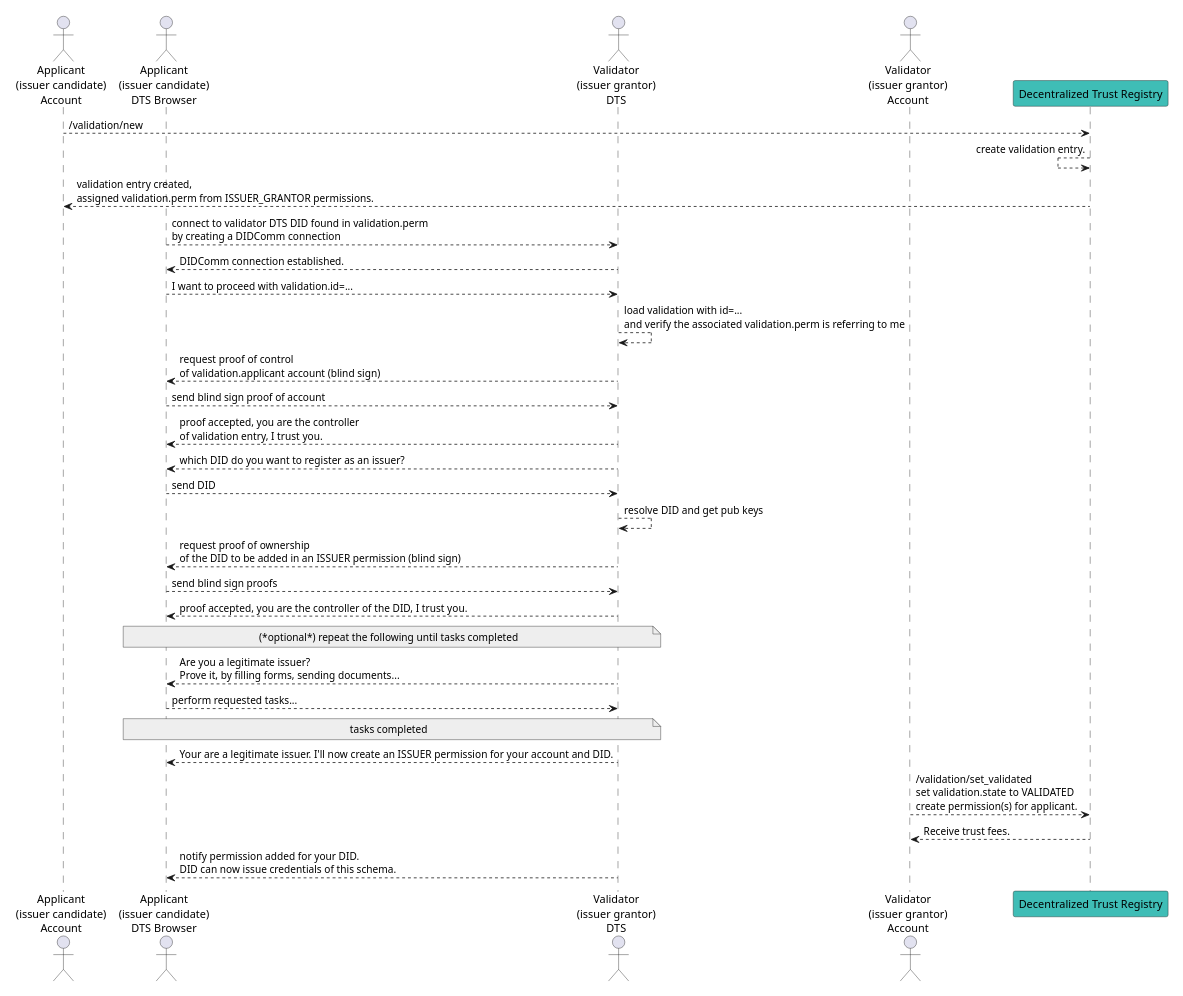
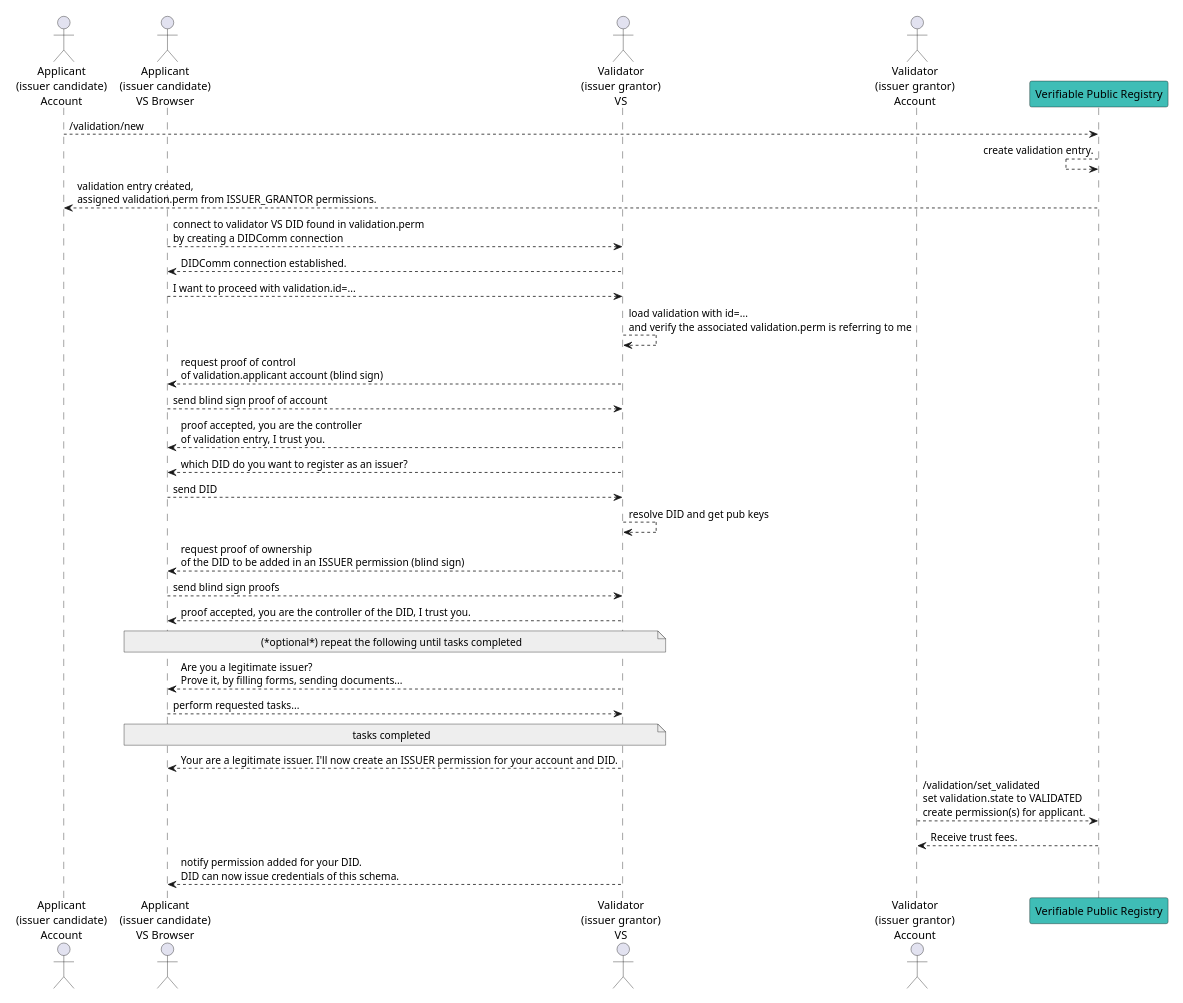
Before and after one commit to verana-labs/verifiable-trust-vpr-spec: diagram 12 of 12 in spec.md, drawn with PlantUML. The commit also changed other lines of this file and 1 other file, not shown here.

````diff
--- a/spec.md
+++ b/spec.md
@@ -2578,35 +2578,35 @@
 ```plantuml
 scale max 800 width
 actor "Applicant\n(issuer candidate)\nAccount" as ApplicantAccount 
-actor "Applicant\n(issuer candidate)\nDTS Browser" as ApplicantBrowser 
+actor "Applicant\n(issuer candidate)\nVS Browser" as ApplicantBrowser 
 
-actor "Validator\n(issuer grantor)\nDTS" as ValidatorDTS
+actor "Validator\n(issuer grantor)\nVS" as ValidatorVS
 actor "Validator\n(issuer grantor)\nAccount" as ValidatorAccount
 
-participant "Decentralized Trust Registry" as DTR #3fbdb6
+participant "Verifiable Public Registry" as VPR #3fbdb6
 
-ApplicantAccount --> DTR: /validation/new
-DTR <-- DTR: create validation entry.
-ApplicantAccount <-- DTR: validation entry created,\nassigned validation.perm from ISSUER_GRANTOR permissions.
-ApplicantBrowser --> ValidatorDTS: connect to validator DTS DID found in validation.perm\nby creating a DIDComm connection
-ApplicantBrowser <-- ValidatorDTS: DIDComm connection established.
-ApplicantBrowser --> ValidatorDTS: I want to proceed with validation.id=...
-ValidatorDTS --> ValidatorDTS: load validation with id=...\nand verify the associated validation.perm is referring to me
-ApplicantBrowser <-- ValidatorDTS: request proof of control\nof validation.applicant account (blind sign)
-ApplicantBrowser --> ValidatorDTS: send blind sign proof of account
-ApplicantBrowser <-- ValidatorDTS: proof accepted, you are the controller\nof validation entry, I trust you.
-ApplicantBrowser <-- ValidatorDTS: which DID do you want to register as an issuer?
-ApplicantBrowser --> ValidatorDTS: send DID
-ValidatorDTS --> ValidatorDTS: resolve DID and get pub keys
-ApplicantBrowser <-- ValidatorDTS: request proof of ownership\nof the DID to be added in an ISSUER permission (blind sign)
-ApplicantBrowser --> ValidatorDTS: send blind sign proofs
-ApplicantBrowser <-- ValidatorDTS: proof accepted, you are the controller of the DID, I trust you.
-note over ApplicantBrowser, ValidatorDTS #EEEEEE: (*optional*) repeat the following until tasks completed
-ApplicantBrowser <-- ValidatorDTS: Are you a legitimate issuer?\nProve it, by filling forms, sending documents...
-ApplicantBrowser --> ValidatorDTS: perform requested tasks...
-note over ApplicantBrowser, ValidatorDTS #EEEEEE: tasks completed
-ApplicantBrowser <-- ValidatorDTS: Your are a legitimate issuer. I'll now create an ISSUER permission for your account and DID.
-ValidatorAccount --> DTR #3fbdb6: /validation/set_validated\nset validation.state to VALIDATED\ncreate permission(s) for applicant.
-DTR --> ValidatorAccount: Receive trust fees.
-ApplicantBrowser <-- ValidatorDTS: notify permission added for your DID.\nDID can now issue credentials of this schema.
+ApplicantAccount --> VPR: /validation/new
+VPR <-- VPR: create validation entry.
+ApplicantAccount <-- VPR: validation entry created,\nassigned validation.perm from ISSUER_GRANTOR permissions.
+ApplicantBrowser --> ValidatorVS: connect to validator VS DID found in validation.perm\nby creating a DIDComm connection
+ApplicantBrowser <-- ValidatorVS: DIDComm connection established.
+ApplicantBrowser --> ValidatorVS: I want to proceed with validation.id=...
+ValidatorVS --> ValidatorVS: load validation with id=...\nand verify the associated validation.perm is referring to me
+ApplicantBrowser <-- ValidatorVS: request proof of control\nof validation.applicant account (blind sign)
+ApplicantBrowser --> ValidatorVS: send blind sign proof of account
+ApplicantBrowser <-- ValidatorVS: proof accepted, you are the controller\nof validation entry, I trust you.
+ApplicantBrowser <-- ValidatorVS: which DID do you want to register as an issuer?
+ApplicantBrowser --> ValidatorVS: send DID
+ValidatorVS --> ValidatorVS: resolve DID and get pub keys
+ApplicantBrowser <-- ValidatorVS: request proof of ownership\nof the DID to be added in an ISSUER permission (blind sign)
+ApplicantBrowser --> ValidatorVS: send blind sign proofs
+ApplicantBrowser <-- ValidatorVS: proof accepted, you are the controller of the DID, I trust you.
+note over ApplicantBrowser, ValidatorVS #EEEEEE: (*optional*) repeat the following until tasks completed
+ApplicantBrowser <-- ValidatorVS: Are you a legitimate issuer?\nProve it, by filling forms, sending documents...
+ApplicantBrowser --> ValidatorVS: perform requested tasks...
+note over ApplicantBrowser, ValidatorVS #EEEEEE: tasks completed
+ApplicantBrowser <-- ValidatorVS: Your are a legitimate issuer. I'll now create an ISSUER permission for your account and DID.
+ValidatorAccount --> VPR #3fbdb6: /validation/set_validated\nset validation.state to VALIDATED\ncreate permission(s) for applicant.
+VPR --> ValidatorAccount: Receive trust fees.
+ApplicantBrowser <-- ValidatorVS: notify permission added for your DID.\nDID can now issue credentials of this schema.
 ```
````
